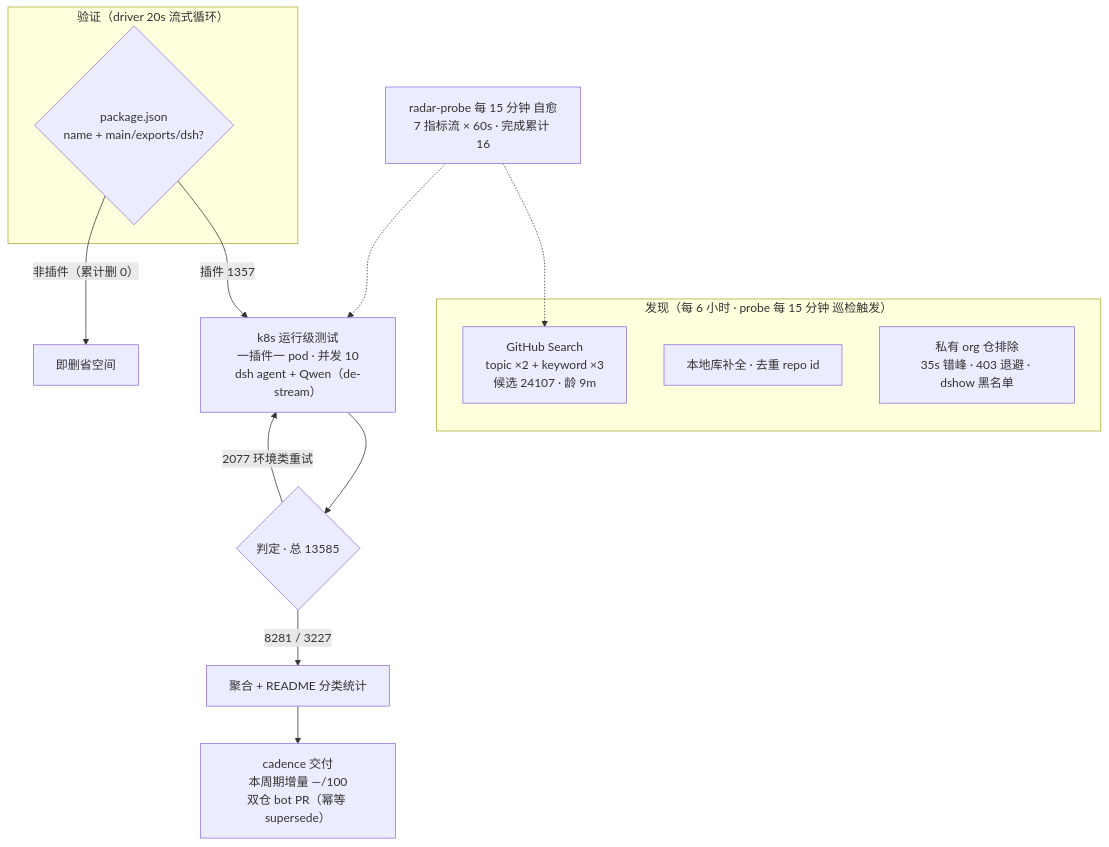
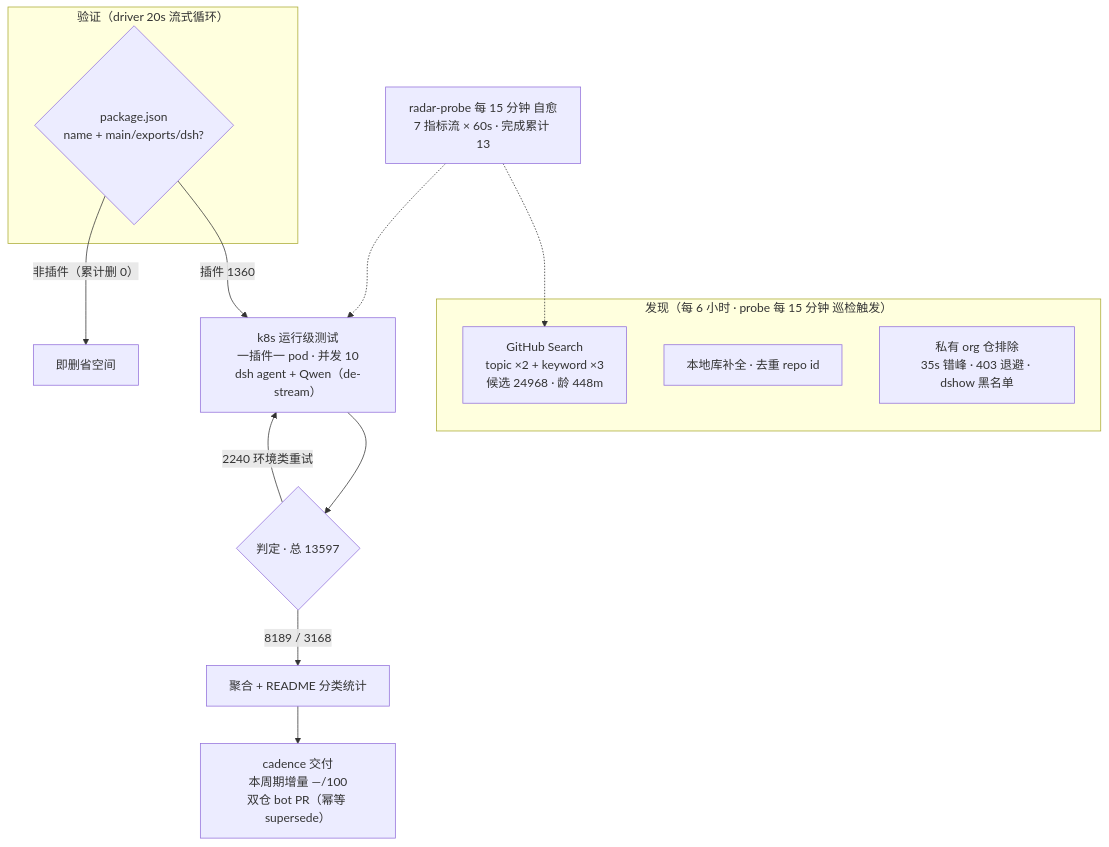
One commit to Zhidao-Lab-OSS/awesome-dsh-plugins changed the diagram in README.md. Above: the diagram before and after it, drawn with Mermaid. The commit also changed other lines of this file and 1 other file, not shown here.

````diff
--- a/README.md
+++ b/README.md
@@ -100,20 +99,20 @@
 ```mermaid
 flowchart TB
     subgraph Discovery["发现（每 6 小时 · probe 每 15 分钟 巡检触发）"]
-        A1["GitHub Search<br/>topic ×2 + keyword ×3<br/>候选 24107 · 龄 9m"]
+        A1["GitHub Search<br/>topic ×2 + keyword ×3<br/>候选 24968 · 龄 448m"]
         A2["本地库补全 · 去重 repo id"]
         A3["私有 org 仓排除<br/>35s 错峰 · 403 退避 · dshow 黑名单"]
     end
     subgraph Validation["验证（driver 20s 流式循环）"]
         B1{"package.json<br/>name + main/exports/dsh?"}
     end
-    B1 -->|"插件 1357"| C1["k8s 运行级测试<br/>一插件一 pod · 并发 10<br/>dsh agent + Qwen（de-stream）"]
+    B1 -->|"插件 1360"| C1["k8s 运行级测试<br/>一插件一 pod · 并发 10<br/>dsh agent + Qwen（de-stream）"]
     B1 -->|"非插件（累计删 0）"| B3["即删省空间"]
-    C1 --> D1{"判定 · 总 13585"}
-    D1 -->|"8281 / 3227"| E1["聚合 + README 分类统计"]
-    D1 -->|"2077 环境类重试"| C1
+    C1 --> D1{"判定 · 总 13597"}
+    D1 -->|"8189 / 3168"| E1["聚合 + README 分类统计"]
+    D1 -->|"2240 环境类重试"| C1
     E1 --> E2["cadence 交付<br/>本周期增量 —/100<br/>双仓 bot PR（幂等 supersede）"]
-    M["radar-probe 每 15 分钟 自愈<br/>7 指标流 × 60s · 完成累计 16"]
+    M["radar-probe 每 15 分钟 自愈<br/>7 指标流 × 60s · 完成累计 13"]
     M -.-> A1
     M -.-> C1
 ```
````
